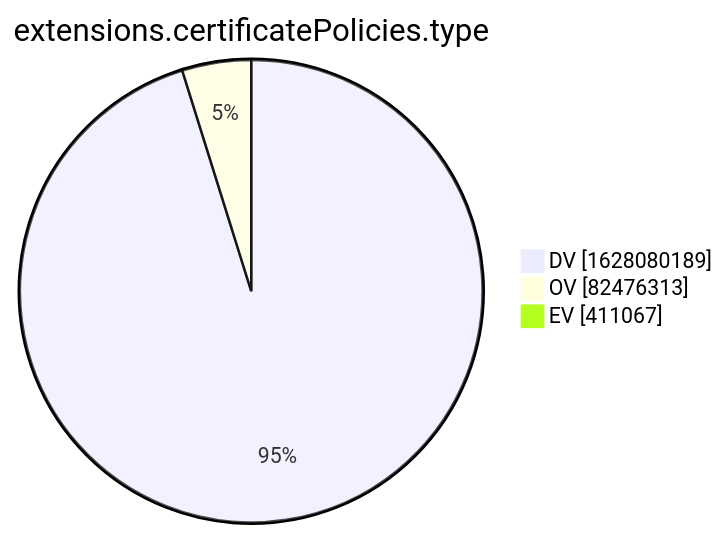
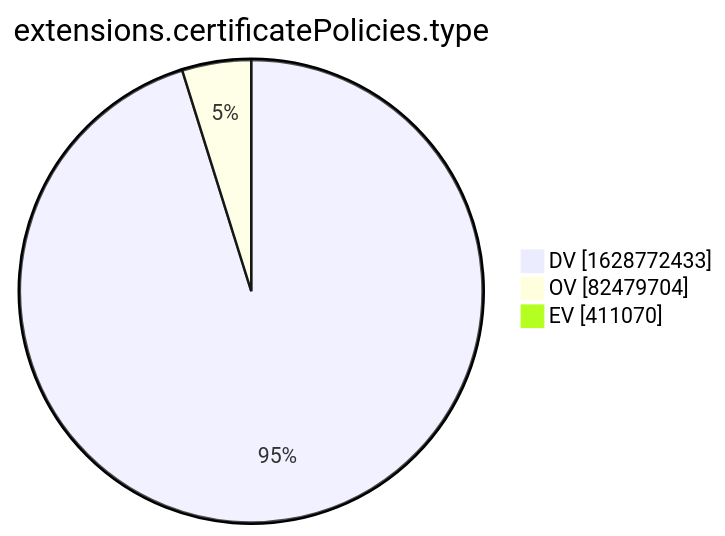
Before and after one commit to christiankrug/ctmonitor_visualization: the tenth of 15 diagrams in xenon2022/README.md, drawn with Mermaid. The commit also changed other lines of this file, not shown here.

````diff
--- a/xenon2022/README.md
+++ b/xenon2022/README.md
@@ -2878,7 +2878,7 @@
 ```mermaid
 pie showData
 title extensions.certificatePolicies.type
-"DV" :1628080189
-"OV" :82476313
-"EV" :411067
+"DV" :1628772433
+"OV" :82479704
+"EV" :411070
 ```
````
